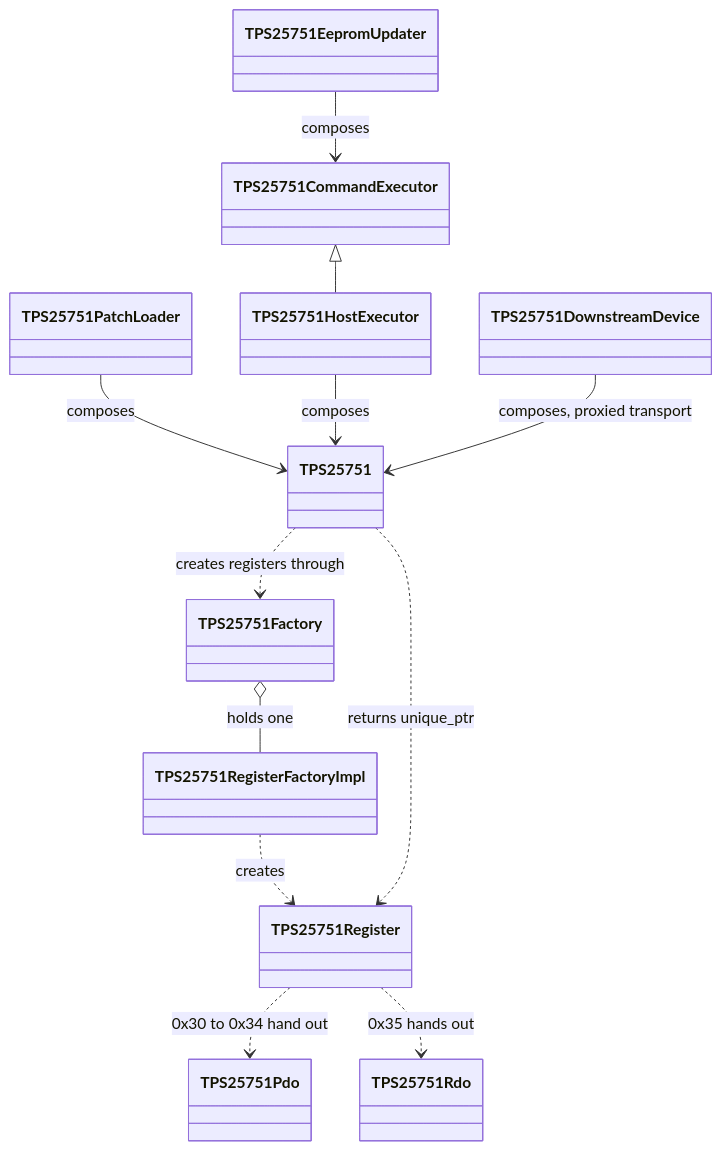
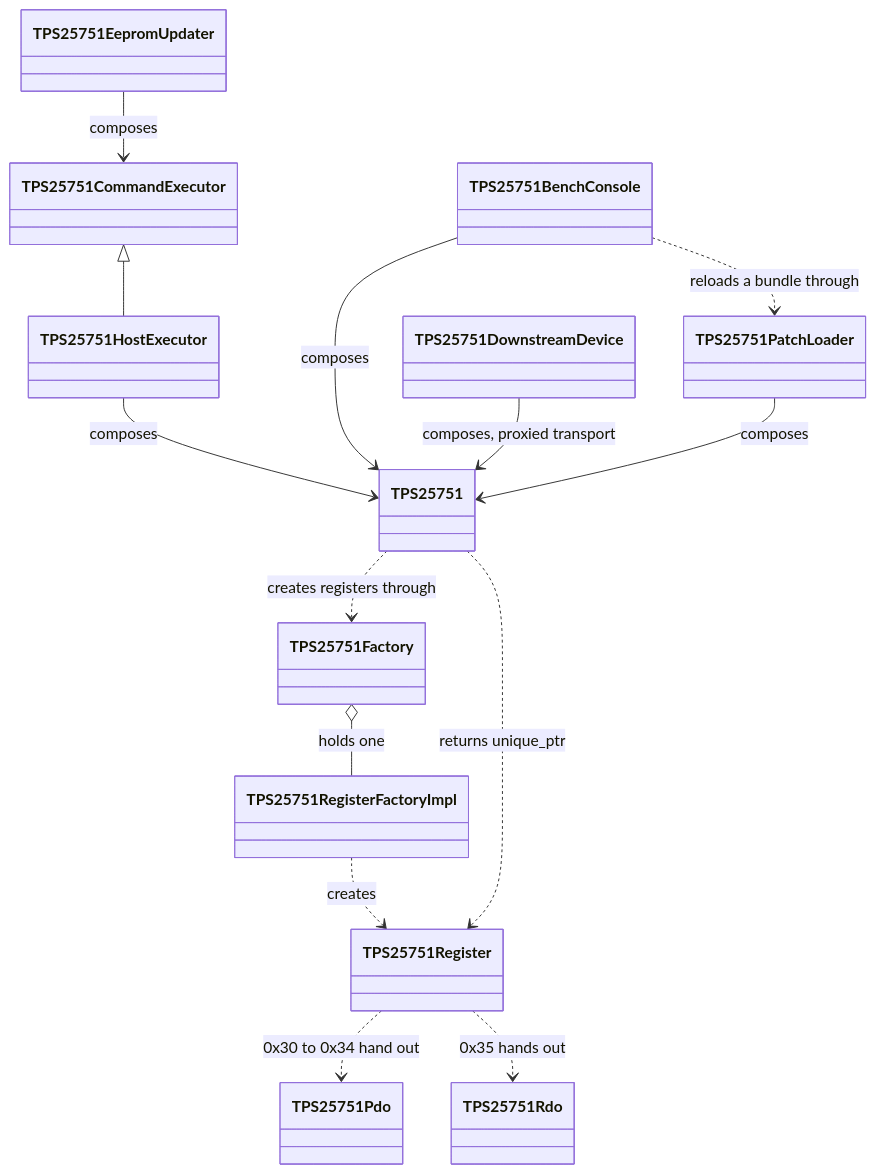
One commit to forrestrae/TPS25751 changed the third of 9 diagrams in docs/engineering/ARCHITECTURE.md. Above: the diagram before and after it, drawn with Mermaid. The commit also changed other lines of this file and 5 other files, not shown here.

First line of the commit message:
docs: describe the bench console, its server, and its test target

````diff
--- a/docs/engineering/ARCHITECTURE.md
+++ b/docs/engineering/ARCHITECTURE.md
@@ -257,27 +276,30 @@
 ```mermaid
 classDiagram
     direction TB
     class TPS25751
     class TPS25751Factory
     class TPS25751RegisterFactoryImpl
     class TPS25751Register
     class TPS25751Pdo
     class TPS25751Rdo
     class TPS25751PatchLoader
     class TPS25751EepromUpdater
     class TPS25751CommandExecutor
     class TPS25751HostExecutor
     class TPS25751DownstreamDevice
+    class TPS25751BenchConsole
 
     TPS25751 ..> TPS25751Factory : creates registers through
     TPS25751Factory o-- TPS25751RegisterFactoryImpl : holds one
     TPS25751RegisterFactoryImpl ..> TPS25751Register : creates
     TPS25751 ..> TPS25751Register : returns unique_ptr
     TPS25751Register ..> TPS25751Pdo : 0x30 to 0x34 hand out
     TPS25751Register ..> TPS25751Rdo : 0x35 hands out
     TPS25751PatchLoader --> TPS25751 : composes
     TPS25751HostExecutor --> TPS25751 : composes
     TPS25751EepromUpdater --> TPS25751CommandExecutor : composes
     TPS25751CommandExecutor <|-- TPS25751HostExecutor
     TPS25751DownstreamDevice --> TPS25751 : composes, proxied transport
+    TPS25751BenchConsole --> TPS25751 : composes
+    TPS25751BenchConsole ..> TPS25751PatchLoader : reloads a bundle through
 ```
````
